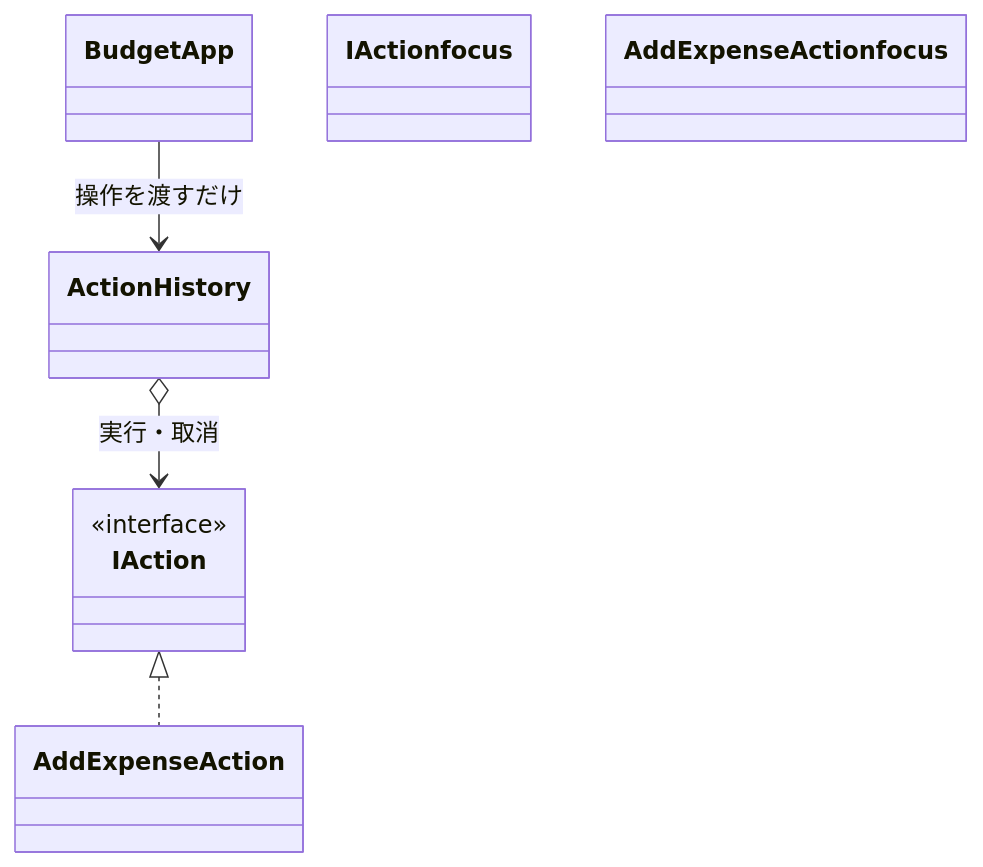
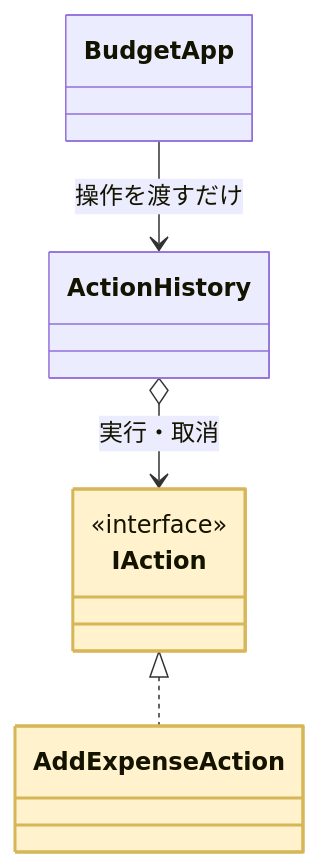
Diagram 14 of 20 in kindle/design-patterns/output/chapter05.md (kumachan1101-pixel/DesignPattern), drawn with Mermaid before and after one commit. The commit also changed other lines of this file and 15 other files, not shown here.

First line of the commit message:
全章classDiagram: phantom浮きクラスを生む着色構文 class X focus を :::focus へ修正（103箇所）

````diff
--- a/kindle/design-patterns/output/chapter05.md
+++ b/kindle/design-patterns/output/chapter05.md
@@ -1324,13 +1324,13 @@
 ```mermaid
 classDiagram
     class BudgetApp
     class ActionHistory
     class IAction { <<interface>> }
     class AddExpenseAction
     BudgetApp --> ActionHistory : 操作を渡すだけ
     ActionHistory o--> IAction : 実行・取消
     IAction <|.. AddExpenseAction
-    class IAction focus
-    class AddExpenseAction focus
+    class IAction:::focus
+    class AddExpenseAction:::focus
     classDef focus fill:#FFF2CC,stroke:#D6B656,stroke-width:2px
 ```
````
